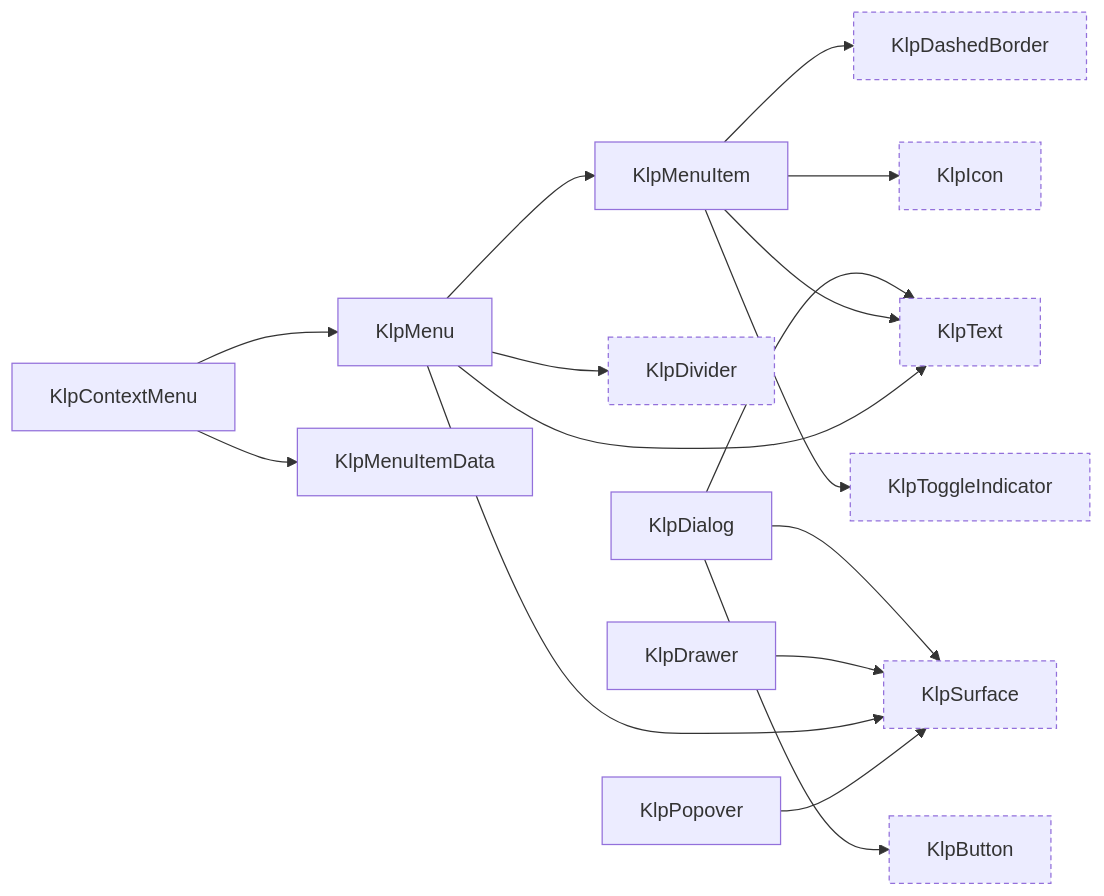
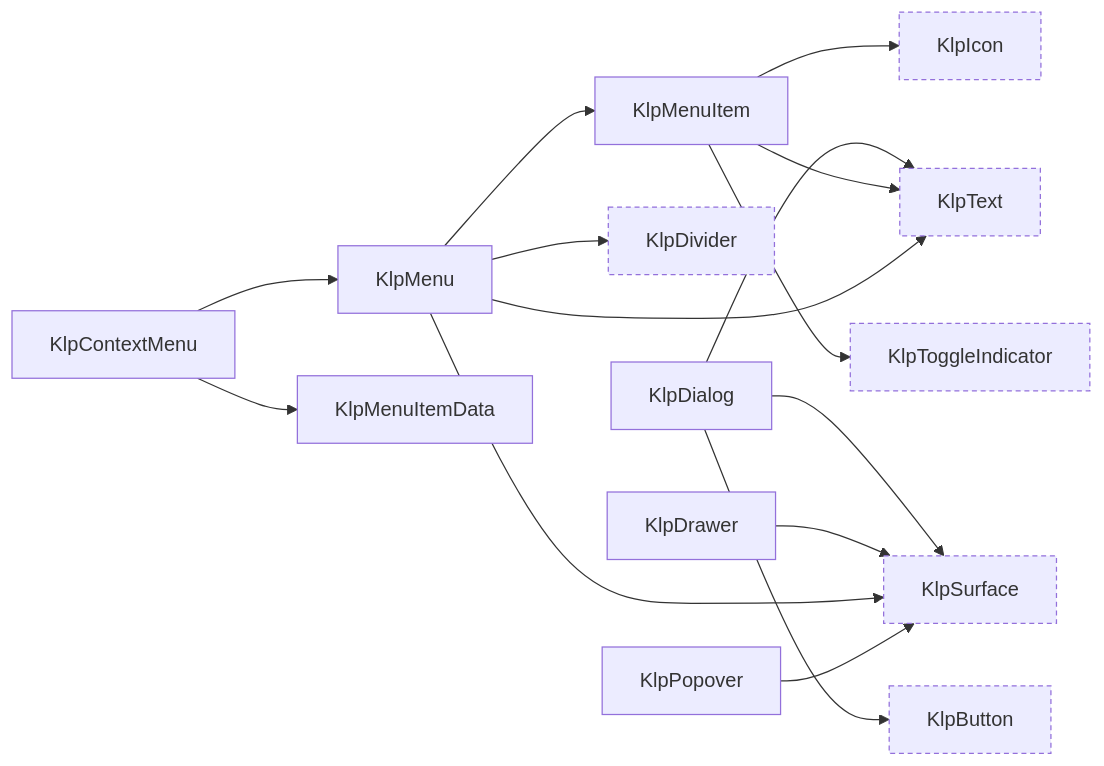
The seventh of 16 diagrams in spec/component-inventory.md (MiuDog/Kallopis), drawn with Mermaid before and after one commit. The commit also changed other lines of this file and 112 other files, not shown here.

````diff
--- a/spec/component-inventory.md
+++ b/spec/component-inventory.md
@@ -358,33 +359,31 @@
 ```mermaid
 graph LR
   KlpButton["KlpButton"]:::external
   KlpContextMenu["KlpContextMenu"]
-  KlpDashedBorder["KlpDashedBorder"]:::external
   KlpDialog["KlpDialog"]
   KlpDivider["KlpDivider"]:::external
   KlpDrawer["KlpDrawer"]
   KlpIcon["KlpIcon"]:::external
   KlpMenu["KlpMenu"]
   KlpMenuItem["KlpMenuItem"]
   KlpMenuItemData["KlpMenuItemData"]
   KlpPopover["KlpPopover"]
   KlpSurface["KlpSurface"]:::external
   KlpText["KlpText"]:::external
   KlpToggleIndicator["KlpToggleIndicator"]:::external
   KlpContextMenu --> KlpMenu
   KlpContextMenu --> KlpMenuItemData
   KlpDialog --> KlpButton
   KlpDialog --> KlpSurface
   KlpDialog --> KlpText
   KlpDrawer --> KlpSurface
-  KlpMenuItem --> KlpDashedBorder
   KlpMenuItem --> KlpIcon
   KlpMenuItem --> KlpText
   KlpMenuItem --> KlpToggleIndicator
   KlpMenu --> KlpDivider
   KlpMenu --> KlpMenuItem
   KlpMenu --> KlpSurface
   KlpMenu --> KlpText
   KlpPopover --> KlpSurface
   classDef external stroke-dasharray: 4 3;
 ```
````
